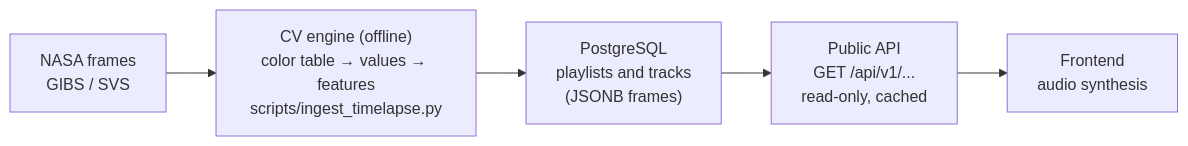
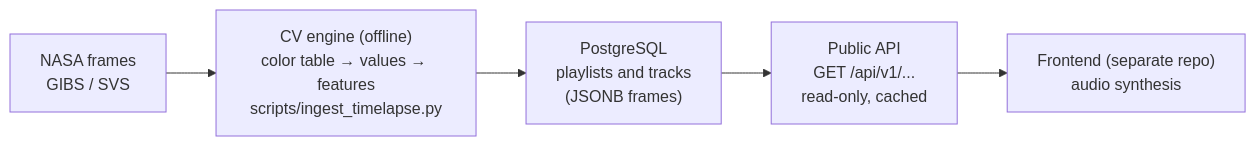
The diagram in README.md (IanDiaz05/earth-jukebox), drawn with Mermaid before and after one commit. The commit also changed other lines of this file, not shown here.

````diff
--- a/README.md
+++ b/README.md
@@ -18,7 +18,7 @@
 ```mermaid
 flowchart LR
     Frames["NASA frames<br/>GIBS / SVS"] --> Engine["CV engine (offline)<br/>color table → values → features<br/>scripts/ingest_timelapse.py"]
     Engine --> DB["PostgreSQL<br/>playlists and tracks<br/>(JSONB frames)"]
     DB --> API["Public API<br/>GET /api/v1/...<br/>read-only, cached"]
-    API --> Frontend["Frontend<br/>audio synthesis"]
+    API --> Frontend["Frontend (separate repo)<br/>audio synthesis"]
 ```
````
